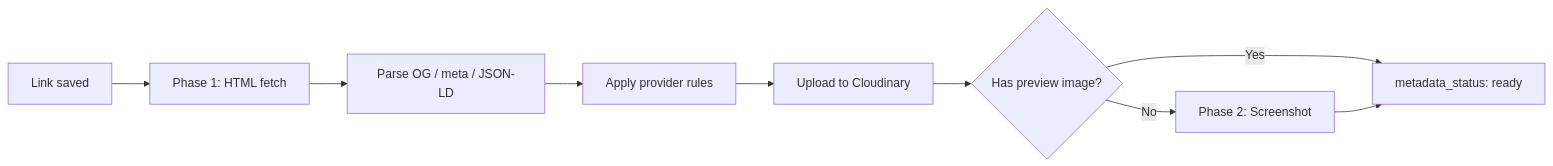
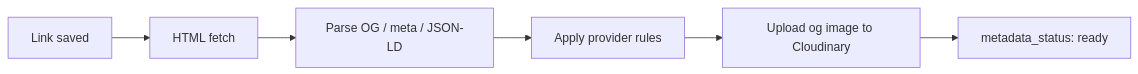
Before and after one commit to ayushsoni04/memory404: the diagram in docs/features/metadata.mdx, drawn with Mermaid. The commit also changed other lines of this file and 8 other files, not shown here.

````diff
--- a/docs/features/metadata.mdx
+++ b/docs/features/metadata.mdx
@@ -11,11 +11,8 @@
 ```mermaid
 flowchart LR
-    A[Link saved] --> B[Phase 1: HTML fetch]
+    A[Link saved] --> B[HTML fetch]
     B --> C[Parse OG / meta / JSON-LD]
     C --> D[Apply provider rules]
-    D --> E[Upload to Cloudinary]
-    E --> F{Has preview image?}
-    F -->|No| G[Phase 2: Screenshot]
-    F -->|Yes| H[metadata_status: ready]
-    G --> H
+    D --> E[Upload og image to Cloudinary]
+    E --> F[metadata_status: ready]
 ```
````
